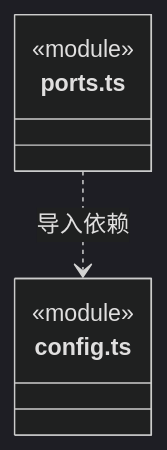
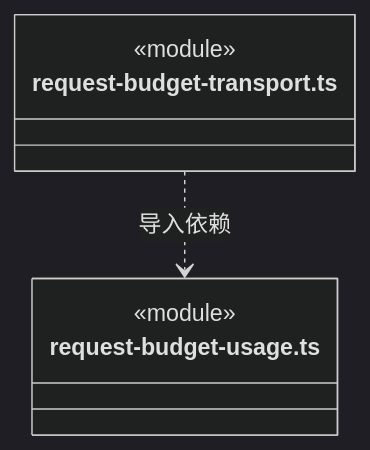
Before and after one commit to nan023062/cbim: diagram 11 of 11 in src/backend/core/brain/llm/ARCHITECTURE.md, drawn with Mermaid (dark theme). The commit also changed other lines of this file and 216 other files, not shown here.

````diff
--- a/src/backend/core/brain/llm/ARCHITECTURE.md
+++ b/src/backend/core/brain/llm/ARCHITECTURE.md
@@ -140,10 +238,10 @@
 ```mermaid
 classDiagram
-class N_src_backend_core_brain_llm_ports_ts["ports.ts"] {
+class N_src_backend_core_brain_llm_request_budget_transport_ts["request-budget-transport.ts"] {
   <<module>>
 }
-class N_src_backend_core_brain_llm_config_ts["config.ts"] {
+class N_src_backend_core_brain_llm_request_budget_usage_ts["request-budget-usage.ts"] {
   <<module>>
 }
-N_src_backend_core_brain_llm_ports_ts ..> N_src_backend_core_brain_llm_config_ts : 导入依赖
+N_src_backend_core_brain_llm_request_budget_transport_ts ..> N_src_backend_core_brain_llm_request_budget_usage_ts : 导入依赖
 ```
````
